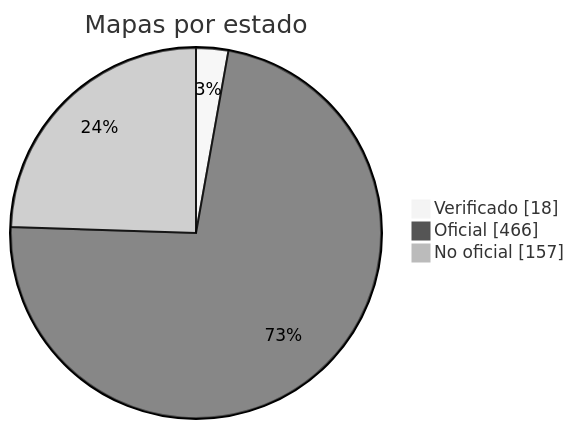
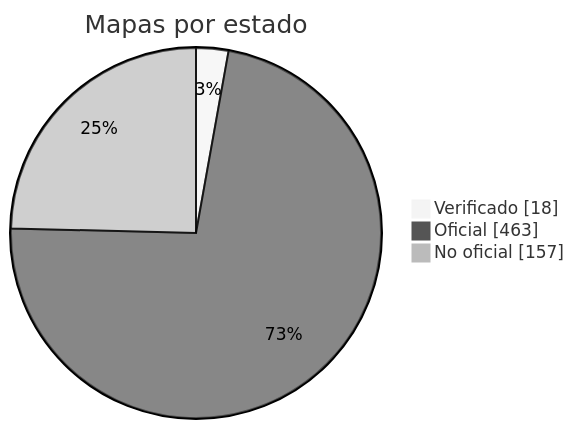
The diagram in docs/readme/README_ES.md (nobrega8/mbmap-library), drawn with Mermaid (neutral theme) before and after one commit. The commit also changed 10 other files, not shown here.

````diff
--- a/docs/readme/README_ES.md
+++ b/docs/readme/README_ES.md
@@ -54,7 +54,7 @@
 ```mermaid
 pie showData
     title Mapas por estado
     "Verificado" : 18
-    "Oficial" : 466
+    "Oficial" : 463
     "No oficial" : 157
 ```
````
